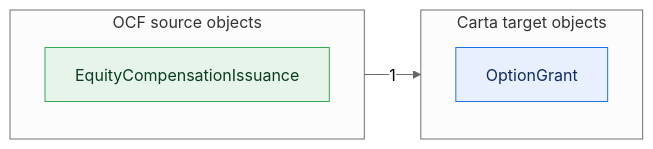
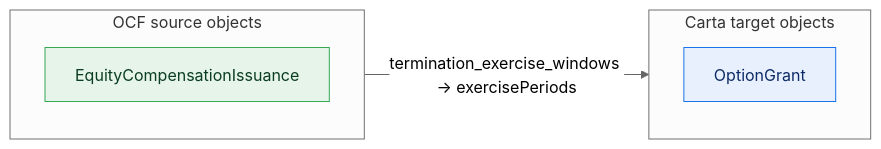
The seventh of 10 diagrams in core-rich/core-upstream.md (Open-Cap-Table-Coalition/OCF-Composed-Schemas), drawn with Mermaid (neutral theme) before and after one commit. The commit also changed other lines of this file and 4 other files, not shown here.

First line of the commit message:
OCF Core: label loss-diagram edges with the property flowing

````diff
--- a/core-rich/core-upstream.md
+++ b/core-rich/core-upstream.md
@@ -146,16 +150,16 @@
 ```mermaid
 flowchart LR
   classDef adm fill:#e6f4ea,stroke:#34a853,color:#0b3d20;
   classDef notadm fill:#f1f3f4,stroke:#9aa0a6,color:#5f6368,stroke-dasharray:4 3;
   classDef carta fill:#e8f0fe,stroke:#1a73e8,color:#0d2b66;
   classDef sink fill:#fce8e6,stroke:#d93025,color:#5c0d06;
   subgraph SRC["OCF source objects"]
     direction TB
     o0["EquityCompensationIssuance"]:::adm
   end
   subgraph TGT["Carta target objects"]
     direction TB
     t0["OptionGrant"]:::carta
   end
-  o0 -->|1| t0
+  o0 -->|"termination_exercise_windows → exercisePeriods"| t0
 ```
````
